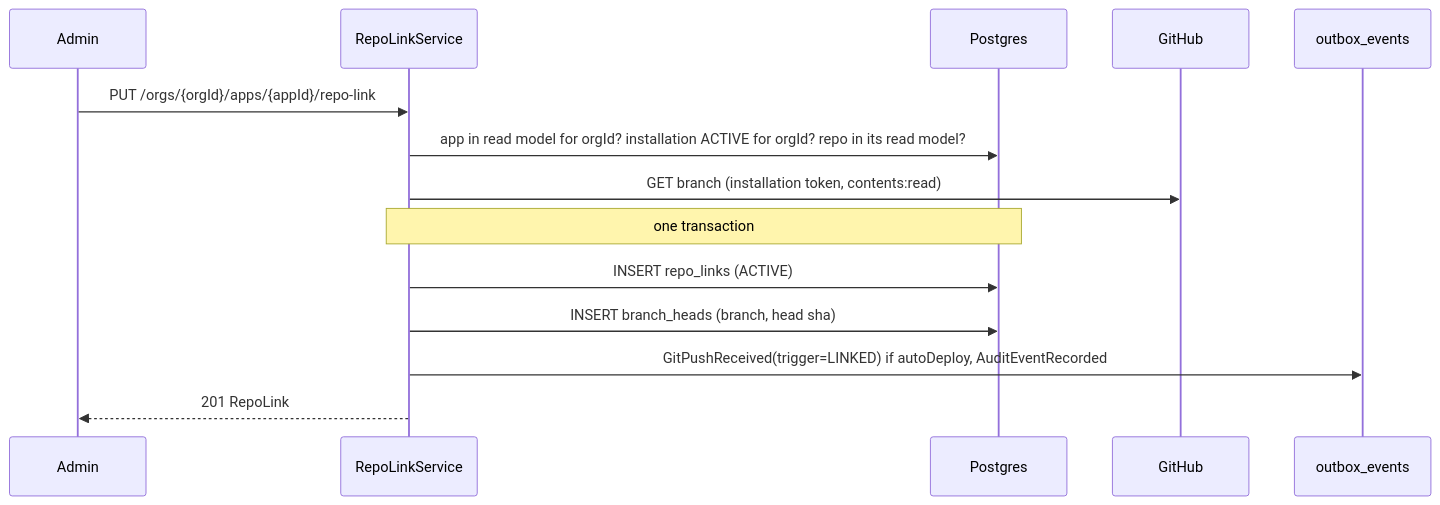
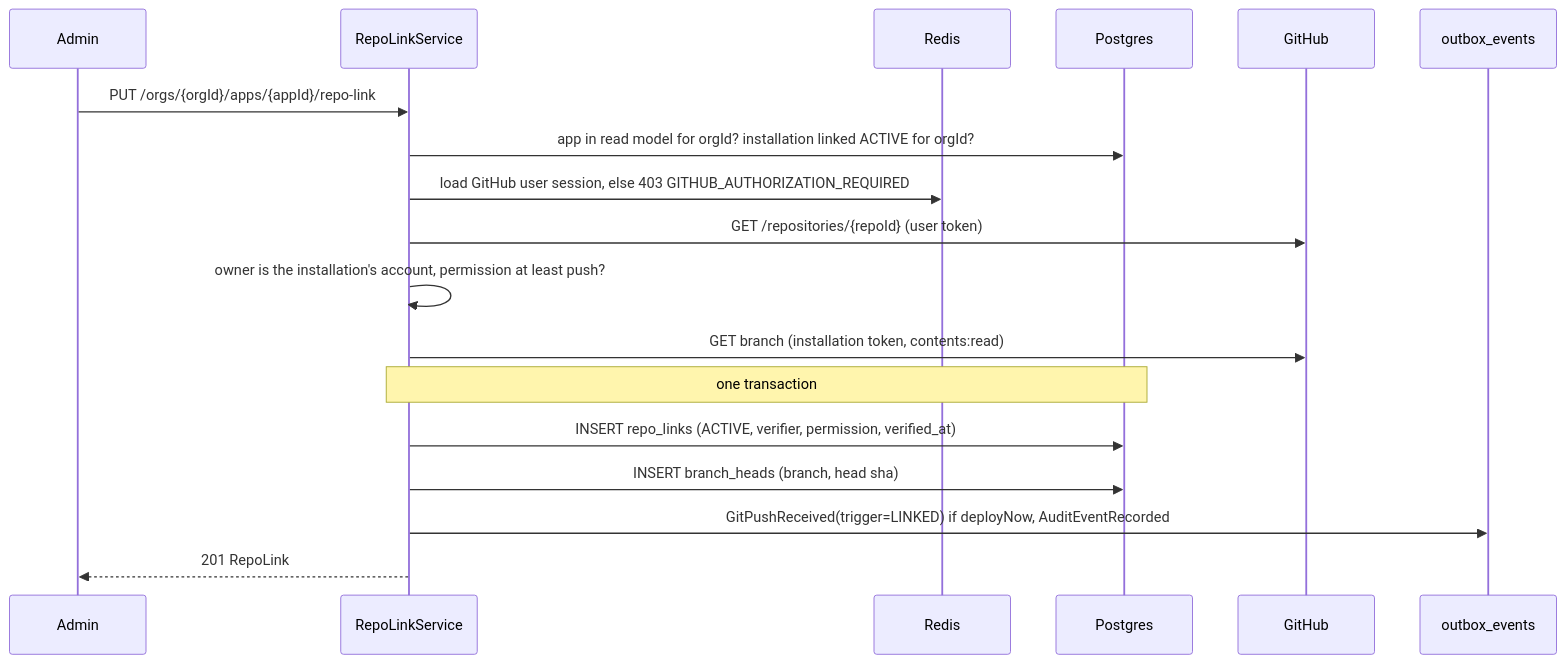
The fifth of 8 diagrams in docs/git-integration-service/ARCHITECTURE.md (Wamitinewton/Pallet.io), drawn with Mermaid before and after one commit. The commit also changed other lines of this file and 316 other files, not shown here.

````diff
--- a/docs/git-integration-service/ARCHITECTURE.md
+++ b/docs/git-integration-service/ARCHITECTURE.md
@@ -688,17 +1078,21 @@
 ```mermaid
 sequenceDiagram
     participant C as Admin
     participant S as RepoLinkService
+    participant R as Redis
     participant DB as Postgres
     participant GH as GitHub
     participant OB as outbox_events
 
     C->>S: PUT /orgs/{orgId}/apps/{appId}/repo-link
-    S->>DB: app in read model for orgId? installation ACTIVE for orgId? repo in its read model?
+    S->>DB: app in read model for orgId? installation linked ACTIVE for orgId?
+    S->>R: load GitHub user session, else 403 GITHUB_AUTHORIZATION_REQUIRED
+    S->>GH: GET /repositories/{repoId} (user token)
+    S->>S: owner is the installation's account, permission at least push?
     S->>GH: GET branch (installation token, contents:read)
     Note over S,DB: one transaction
-    S->>DB: INSERT repo_links (ACTIVE)
+    S->>DB: INSERT repo_links (ACTIVE, verifier, permission, verified_at)
     S->>DB: INSERT branch_heads (branch, head sha)
-    S->>OB: GitPushReceived(trigger=LINKED) if autoDeploy, AuditEventRecorded
+    S->>OB: GitPushReceived(trigger=LINKED) if deployNow, AuditEventRecorded
     S-->>C: 201 RepoLink
 ```
````
